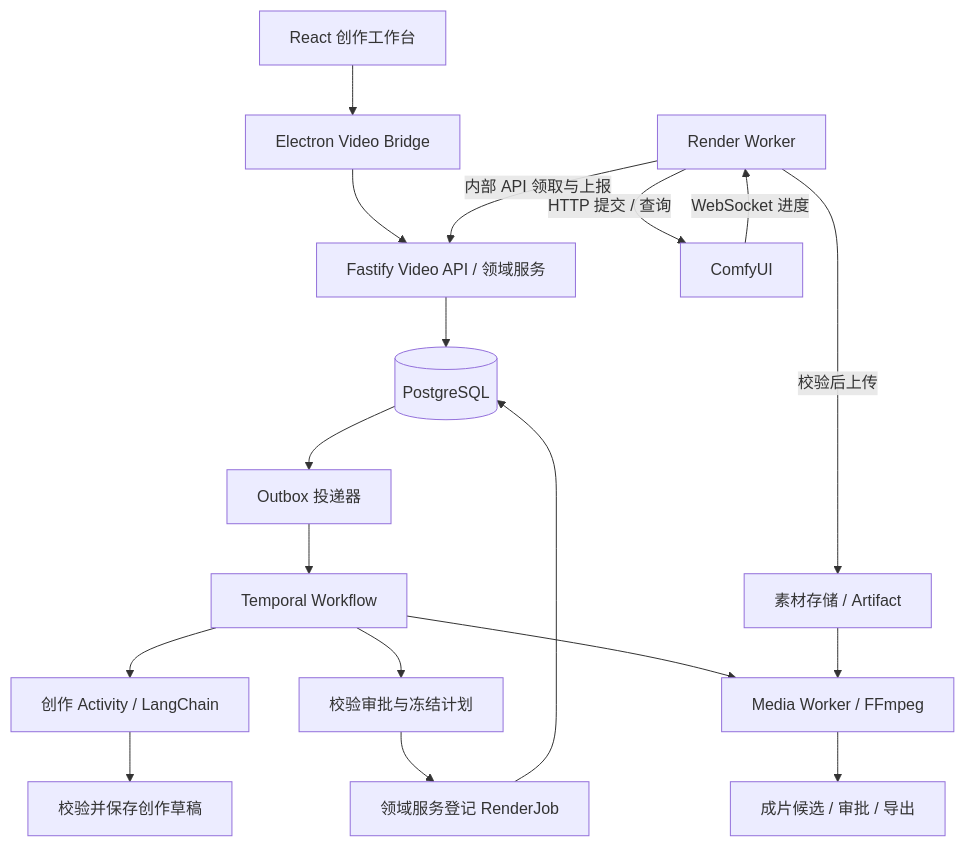
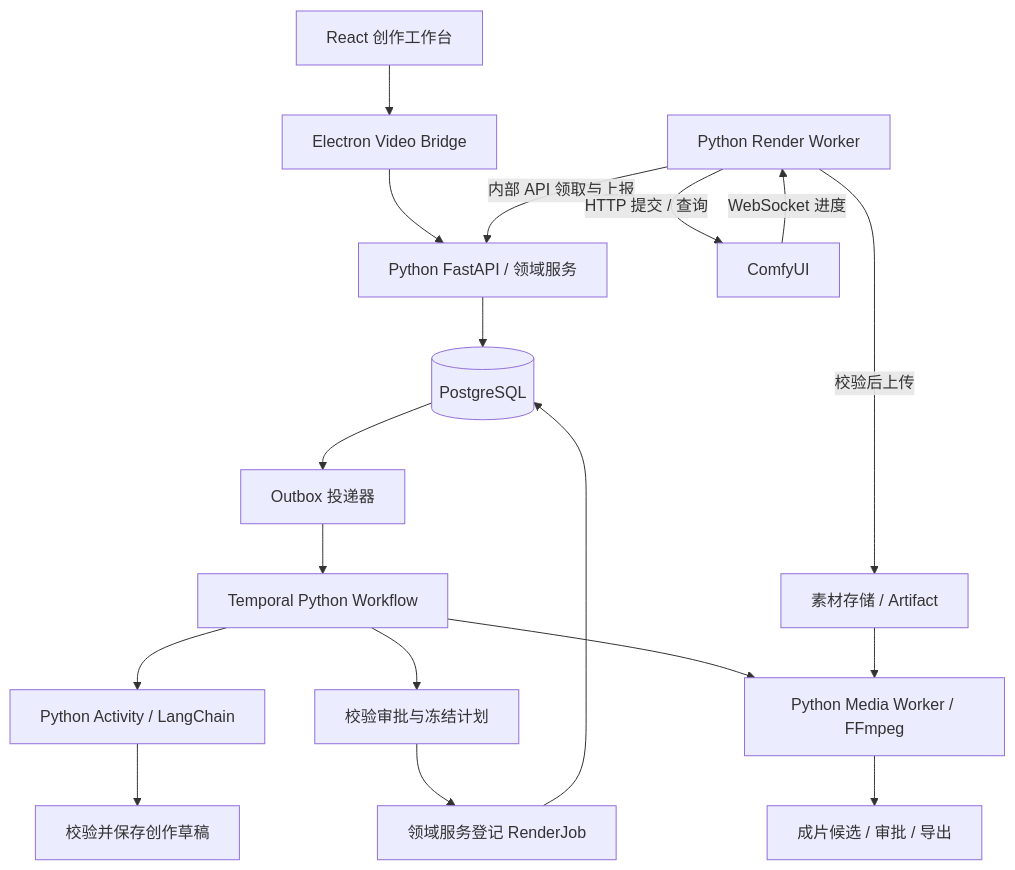
The diagram in 技术选型与ComfyUI对接方案.md (c-kun-m/video_generation), drawn with Mermaid before and after one commit. The commit also changed other lines of this file and 11 other files, not shown here.

Commit message:
docs: adopt Python backend and LangChain Python architecture

````diff
--- a/技术选型与ComfyUI对接方案.md
+++ b/技术选型与ComfyUI对接方案.md
@@ -74,20 +80,20 @@
 ```mermaid
 flowchart TD
     UI[React 创作工作台] --> Bridge[Electron Video Bridge]
-    Bridge --> API[Fastify Video API / 领域服务]
+    Bridge --> API[Python FastAPI / 领域服务]
     API --> DB[(PostgreSQL)]
     DB --> Outbox[Outbox 投递器]
-    Outbox --> T[Temporal Workflow]
-    T --> A[创作 Activity / LangChain]
+    Outbox --> T[Temporal Python Workflow]
+    T --> A[Python Activity / LangChain]
     A --> Draft[校验并保存创作草稿]
     T --> Plan[校验审批与冻结计划]
     Plan --> Jobs[领域服务登记 RenderJob]
     Jobs --> DB
-    R[Render Worker] -->|内部 API 领取与上报| API
+    R[Python Render Worker] -->|内部 API 领取与上报| API
     R -->|HTTP 提交 / 查询| C[ComfyUI]
     C -->|WebSocket 进度| R
     R -->|校验后上传| S[素材存储 / Artifact]
-    T --> M[Media Worker / FFmpeg]
+    T --> M[Python Media Worker / FFmpeg]
     S --> M
     M --> Final[成片候选 / 审批 / 导出]
 ```
````
